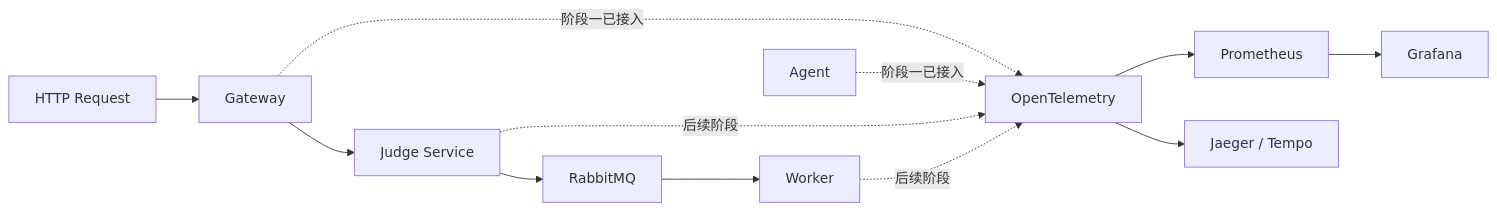
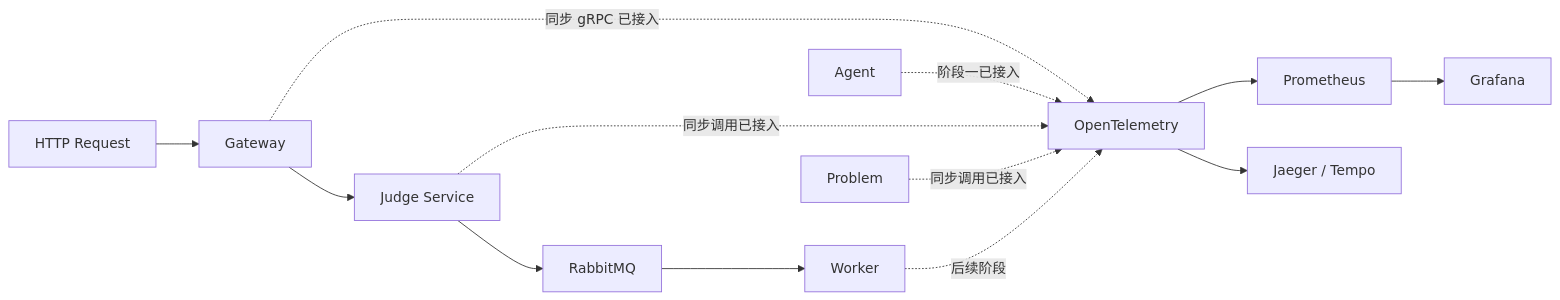
Before and after one commit to viggggil/go_oj_agent: the fifth of 6 diagrams in docs/architecture.md, drawn with Mermaid. The commit also changed other lines of this file and 12 other files, not shown here.

````diff
--- a/docs/architecture.md
+++ b/docs/architecture.md
@@ -867,16 +867,17 @@
 ```mermaid
 flowchart LR
     HTTP["HTTP Request"] --> Gateway["Gateway"]
     Gateway --> Judge["Judge Service"]
     Judge --> MQ["RabbitMQ"]
     MQ --> Worker["Worker"]
 
-    Gateway -. "阶段一已接入" .-> OTel["OpenTelemetry"]
+    Gateway -. "同步 gRPC 已接入" .-> OTel["OpenTelemetry"]
     Agent -. "阶段一已接入" .-> OTel
-    Judge -. "后续阶段" .-> OTel
+    Judge -. "同步调用已接入" .-> OTel
+    Problem -. "同步调用已接入" .-> OTel
     Worker -. "后续阶段" .-> OTel
 
     OTel --> Metrics["Prometheus"]
     OTel --> Traces["Jaeger / Tempo"]
     Metrics --> Grafana["Grafana"]
 ```
````
